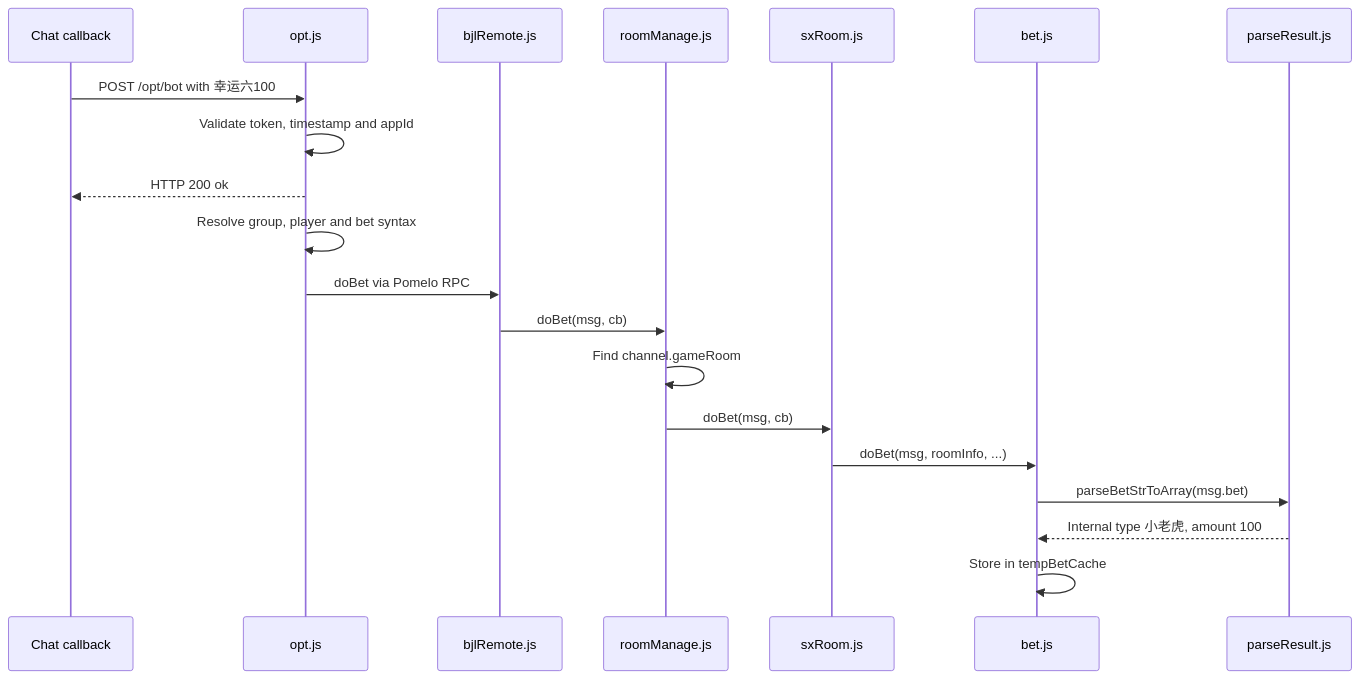
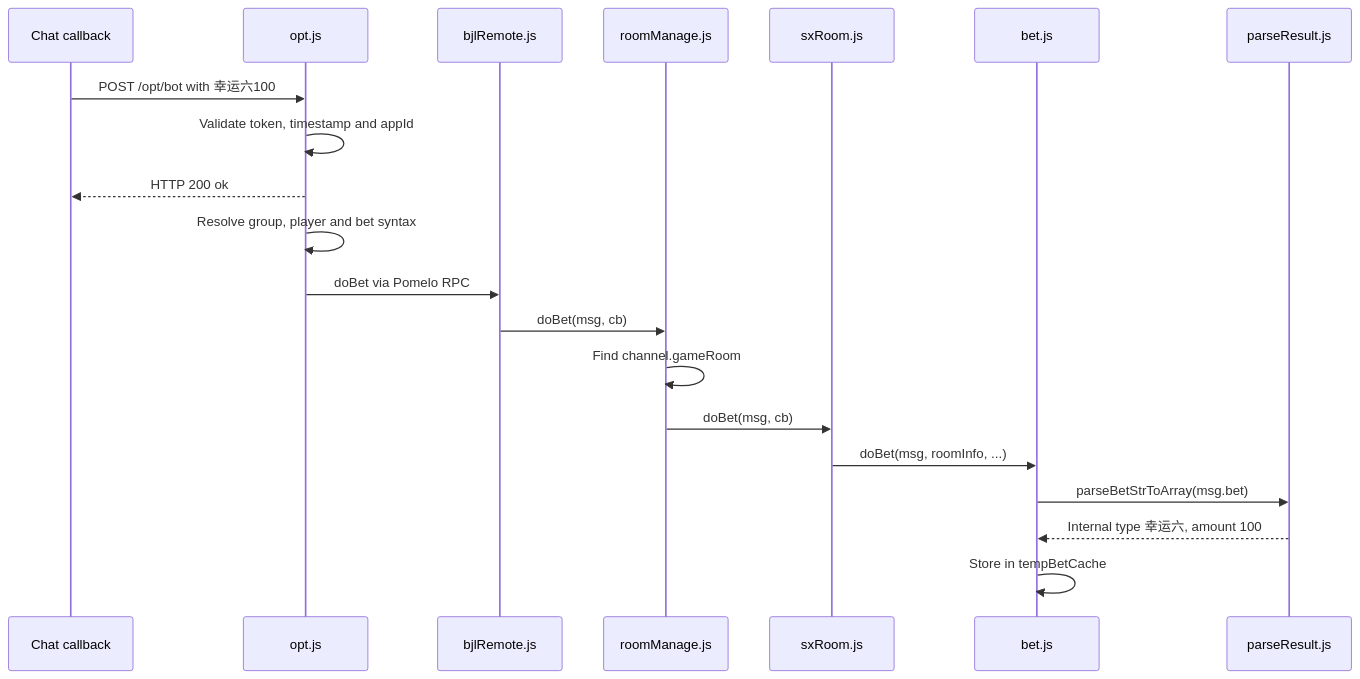
The second of 5 diagrams in PROJECT_ENDPOINT_FLOW.md (aungkhay/tenglong-weitou-server), drawn with Mermaid before and after one commit. The commit also changed other lines of this file and 13 other files, not shown here.

````diff
--- a/PROJECT_ENDPOINT_FLOW.md
+++ b/PROJECT_ENDPOINT_FLOW.md
@@ -81,22 +81,22 @@
 ```mermaid
 sequenceDiagram
     participant chat as Chat callback
     participant route as opt.js
     participant rpc as bjlRemote.js
     participant manager as roomManage.js
     participant room as sxRoom.js
     participant bet as bet.js
     participant parser as parseResult.js
     chat->>route: POST /opt/bot with 幸运六100
     route->>route: Validate token, timestamp and appId
     route-->>chat: HTTP 200 ok
     route->>route: Resolve group, player and bet syntax
     route->>rpc: doBet via Pomelo RPC
     rpc->>manager: doBet(msg, cb)
     manager->>manager: Find channel.gameRoom
     manager->>room: doBet(msg, cb)
     room->>bet: doBet(msg, roomInfo, ...)
     bet->>parser: parseBetStrToArray(msg.bet)
-    parser-->>bet: Internal type 小老虎, amount 100
+    parser-->>bet: Internal type 幸运六, amount 100
     bet->>bet: Store in tempBetCache
 ```
````
